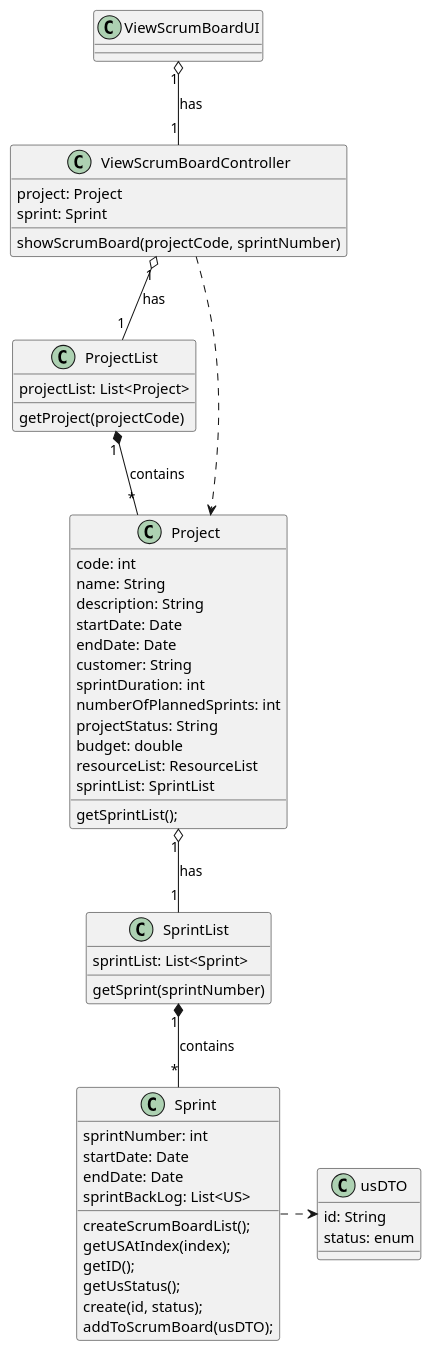
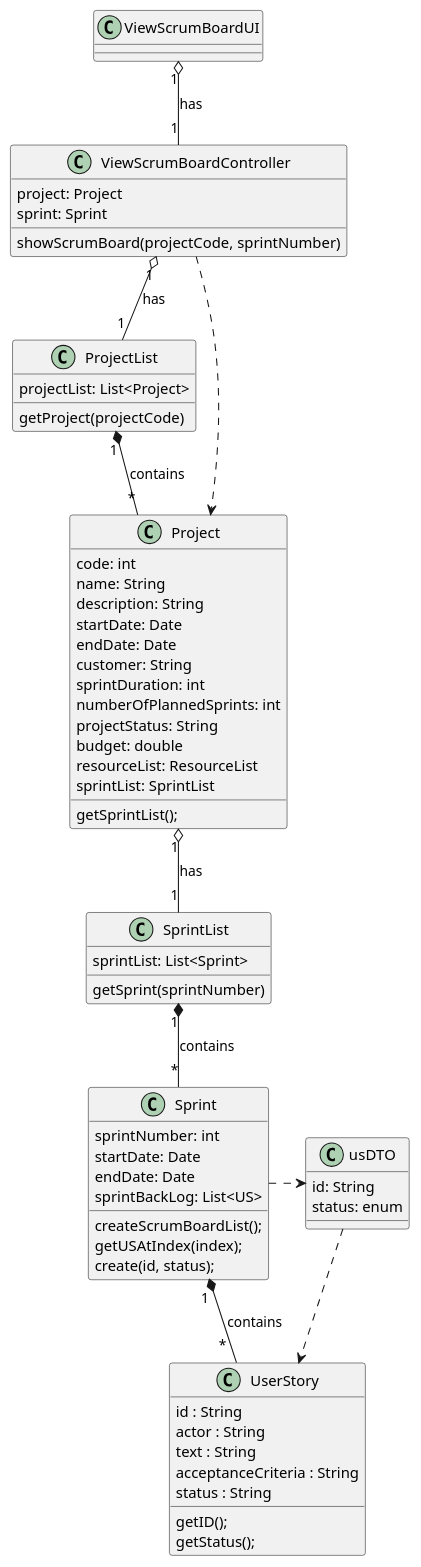
One commit to ivo-menezes/project_g3 changed the diagram in docs/modelling_design/user_stories/us022/US022_ViewScrumBoardCD.puml. Above: the diagram before and after it, drawn with PlantUML.

Commit message:
US022: Design: Updated CD.

```diff
--- a/docs/modelling_design/user_stories/us022/US022_ViewScrumBoardCD.puml
+++ b/docs/modelling_design/user_stories/us022/US022_ViewScrumBoardCD.puml
@@ -1,65 +1,74 @@
 @startuml
 
 class ViewScrumBoardUI {
 }
 
 class ViewScrumBoardController {
 project: Project
 sprint: Sprint
 showScrumBoard(projectCode, sprintNumber)
 }
 
 class ProjectList {
 projectList: List<Project>
 getProject(projectCode)
 }
 
 class Project {
 code: int
 name: String
 description: String
 startDate: Date
 endDate: Date
 customer: String
 sprintDuration: int
 numberOfPlannedSprints: int
 projectStatus: String
 budget: double
 resourceList: ResourceList
 sprintList: SprintList
 getSprintList();
 }
 
 class SprintList {
 sprintList: List<Sprint>
 getSprint(sprintNumber)
 }
 
 class usDTO{
 id: String
 status: enum
 }
 
 class Sprint{
 sprintNumber: int
 startDate: Date
 endDate: Date
 sprintBackLog: List<US>
 createScrumBoardList();
 getUSAtIndex(index);
+create(id, status);
+}
+
+class UserStory {
+id : String
+actor : String
+text : String
+acceptanceCriteria : String
+status : String
 getID();
-getUsStatus();
-create(id, status);
-addToScrumBoard(usDTO);
+getStatus();
 }
 
 ViewScrumBoardUI "1" o--  "1" ViewScrumBoardController: has
 ViewScrumBoardController "1" o-- "1" ProjectList: has
 ProjectList "1" *-- "*" Project: contains
 Project "1" o-- "1" SprintList: has
 SprintList "1" *-- "*" Sprint: contains
+Sprint "1 " *-- " *  " UserStory : contains
 ViewScrumBoardController ..> Project
 Sprint .right.> usDTO
+usDTO ..> UserStory
 
 
 @enduml
```
